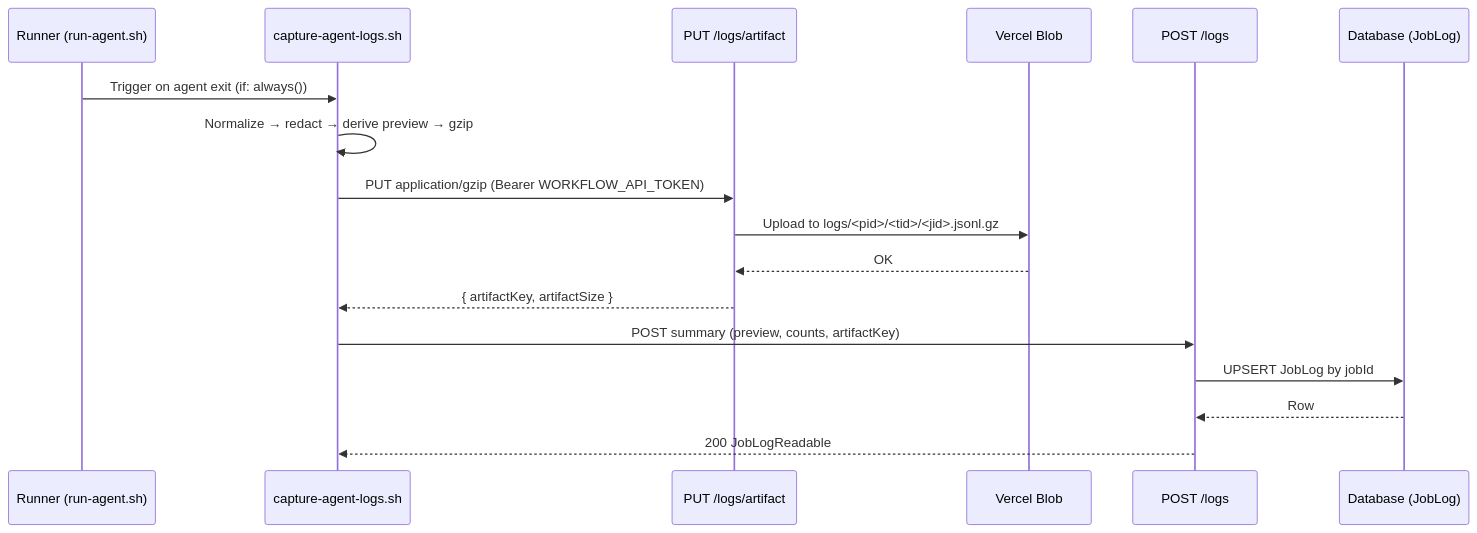
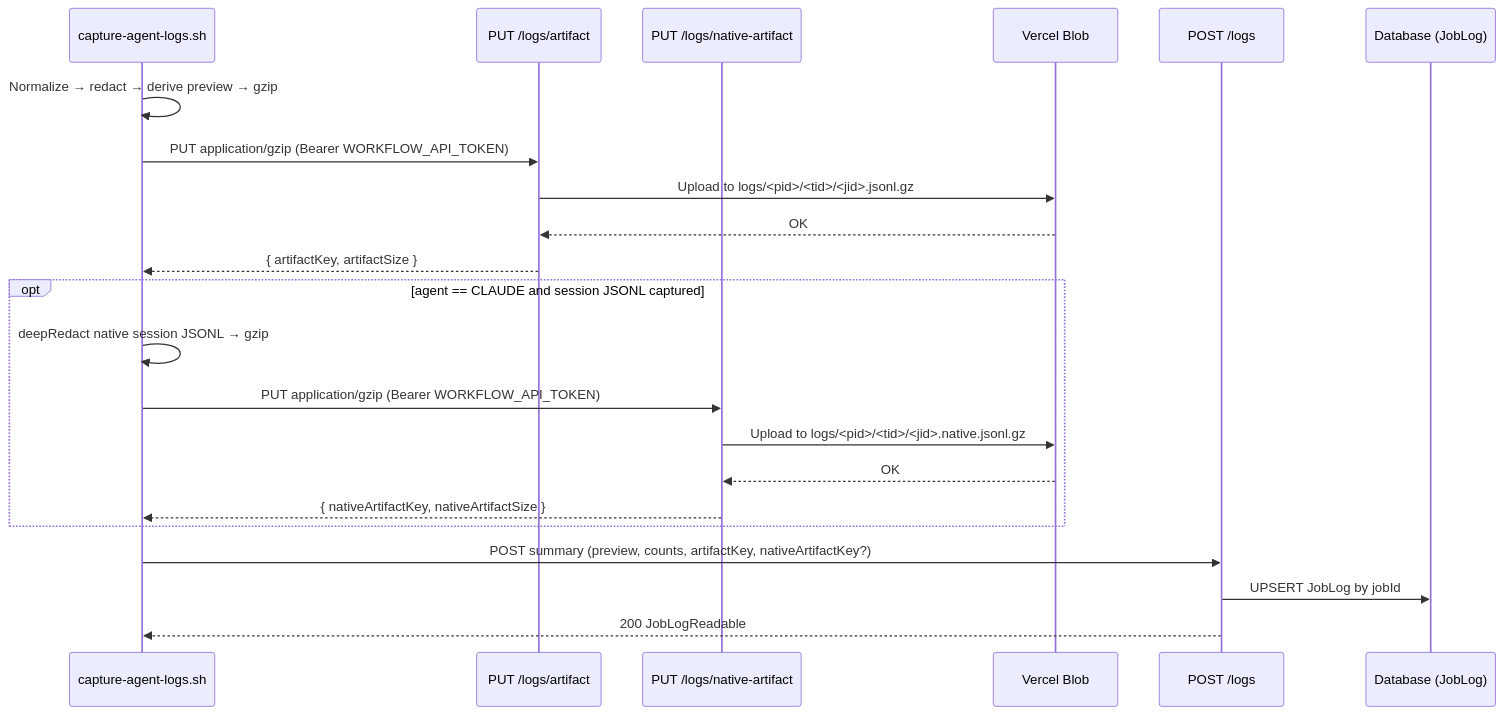
Before and after one commit to bfernandez31/ai-board: the second of 2 diagrams in specs/specifications/technical/api/endpoints/jobs.md, drawn with Mermaid. The commit also changed other lines of this file and 4 other files, not shown here.

````diff
--- a/specs/specifications/technical/api/endpoints/jobs.md
+++ b/specs/specifications/technical/api/endpoints/jobs.md
@@ -648,20 +723,25 @@
 ```mermaid
 sequenceDiagram
-    participant RN as Runner (run-agent.sh)
     participant CAP as capture-agent-logs.sh
     participant ART as PUT /logs/artifact
+    participant NAT as PUT /logs/native-artifact
     participant BLOB as Vercel Blob
     participant LOG as POST /logs
     participant DB as Database (JobLog)
 
-    RN->>CAP: Trigger on agent exit (if: always())
     CAP->>CAP: Normalize → redact → derive preview → gzip
     CAP->>ART: PUT application/gzip (Bearer WORKFLOW_API_TOKEN)
     ART->>BLOB: Upload to logs/<pid>/<tid>/<jid>.jsonl.gz
     BLOB-->>ART: OK
     ART-->>CAP: { artifactKey, artifactSize }
-    CAP->>LOG: POST summary (preview, counts, artifactKey)
+    opt agent == CLAUDE and session JSONL captured
+        CAP->>CAP: deepRedact native session JSONL → gzip
+        CAP->>NAT: PUT application/gzip (Bearer WORKFLOW_API_TOKEN)
+        NAT->>BLOB: Upload to logs/<pid>/<tid>/<jid>.native.jsonl.gz
+        BLOB-->>NAT: OK
+        NAT-->>CAP: { nativeArtifactKey, nativeArtifactSize }
+    end
+    CAP->>LOG: POST summary (preview, counts, artifactKey, nativeArtifactKey?)
     LOG->>DB: UPSERT JobLog by jobId
-    DB-->>LOG: Row
     LOG-->>CAP: 200 JobLogReadable
 ```
````
